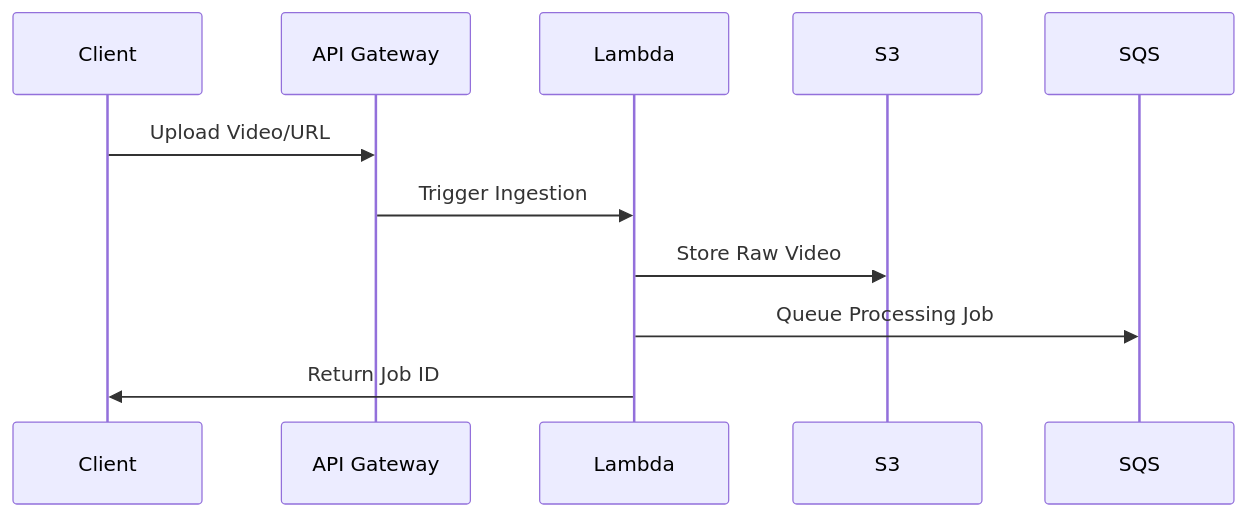
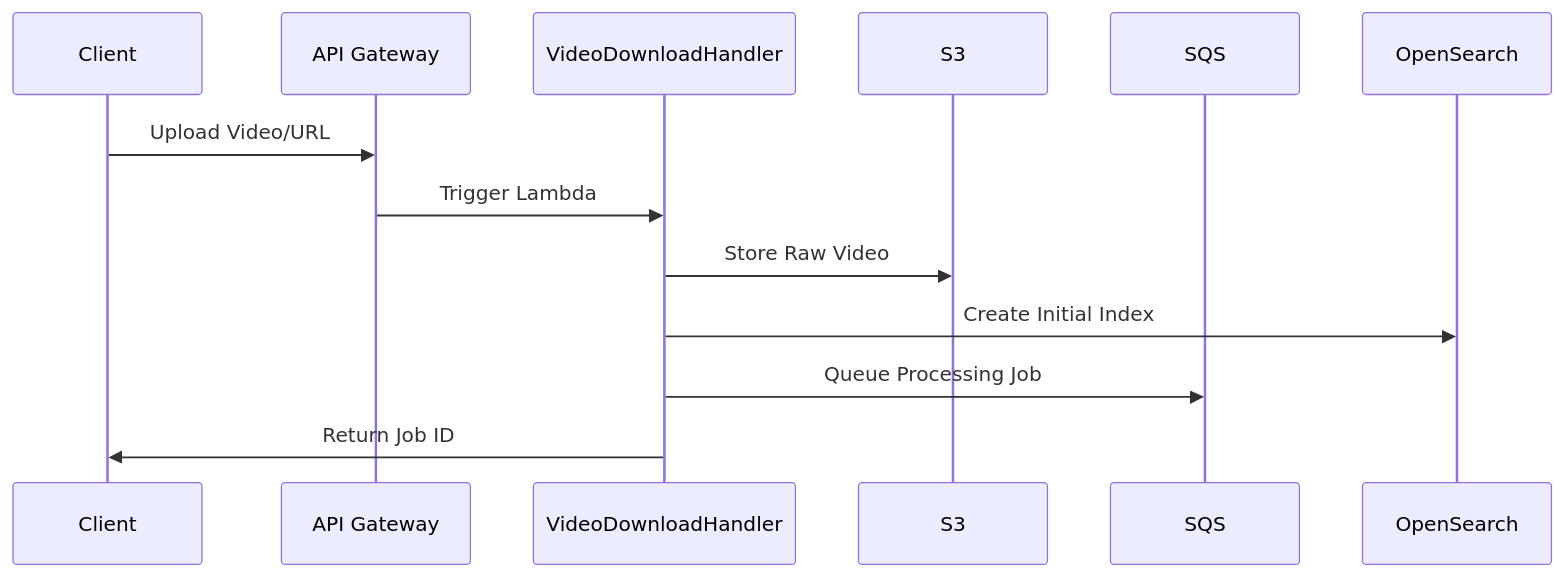
One commit to yike5460/shortvideo-online changed the first of 5 diagrams in README.md. Above: the diagram before and after it, drawn with Mermaid. The commit also changed other lines of this file and 2 other files, not shown here.

Commit message:
chore: update the backend infrastructure with Amazon OpenSearch Serverless

````diff
--- a/README.md
+++ b/README.md
@@ -214,13 +233,16 @@
 ```mermaid
 sequenceDiagram
-participant Client
-participant API Gateway
-participant Lambda
-participant S3
-participant SQS
-Client->>API Gateway: Upload Video/URL
-API Gateway->>Lambda: Trigger Ingestion
-Lambda->>S3: Store Raw Video
-Lambda->>SQS: Queue Processing Job
-Lambda->>Client: Return Job ID
+    participant Client
+    participant API Gateway
+    participant VideoDownloadHandler
+    participant S3
+    participant SQS
+    participant OpenSearch
+
+    Client->>API Gateway: Upload Video/URL
+    API Gateway->>VideoDownloadHandler: Trigger Lambda
+    VideoDownloadHandler->>S3: Store Raw Video
+    VideoDownloadHandler->>OpenSearch: Create Initial Index
+    VideoDownloadHandler->>SQS: Queue Processing Job
+    VideoDownloadHandler->>Client: Return Job ID
 ```
````
